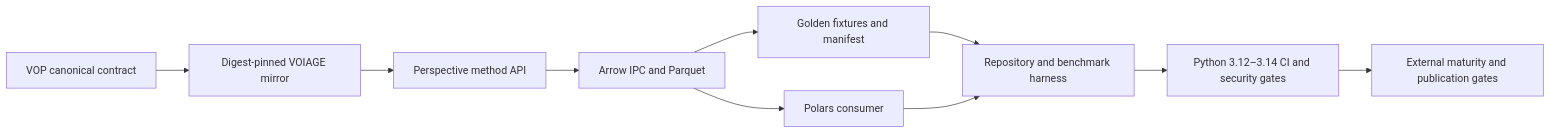
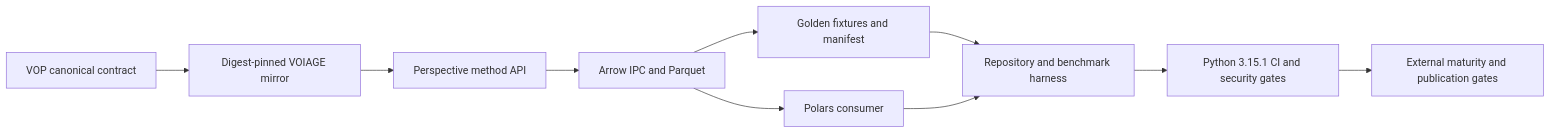
The seventh of 16 diagrams in conductor/design.md (edithatogo/voiage), drawn with Mermaid before and after one commit. The commit also changed 10 other files, not shown here.

````diff
--- a/conductor/design.md
+++ b/conductor/design.md
@@ -145,22 +145,22 @@
 ```mermaid
 flowchart LR
     VOP[VOP canonical contract]
     Mirror[Digest-pinned VOIAGE mirror]
     Perspective[Perspective method API]
     Arrow[Arrow IPC and Parquet]
     Polars[Polars consumer]
     Fixtures[Golden fixtures and manifest]
     Harness[Repository and benchmark harness]
-    CI[Python 3.12–3.14 CI and security gates]
+    CI[Python 3.15.1 CI and security gates]
     External[External maturity and publication gates]
 
     VOP --> Mirror
     Mirror --> Perspective
     Perspective --> Arrow
     Arrow --> Polars
     Arrow --> Fixtures
     Fixtures --> Harness
     Polars --> Harness
     Harness --> CI
     CI --> External
 ```
````
